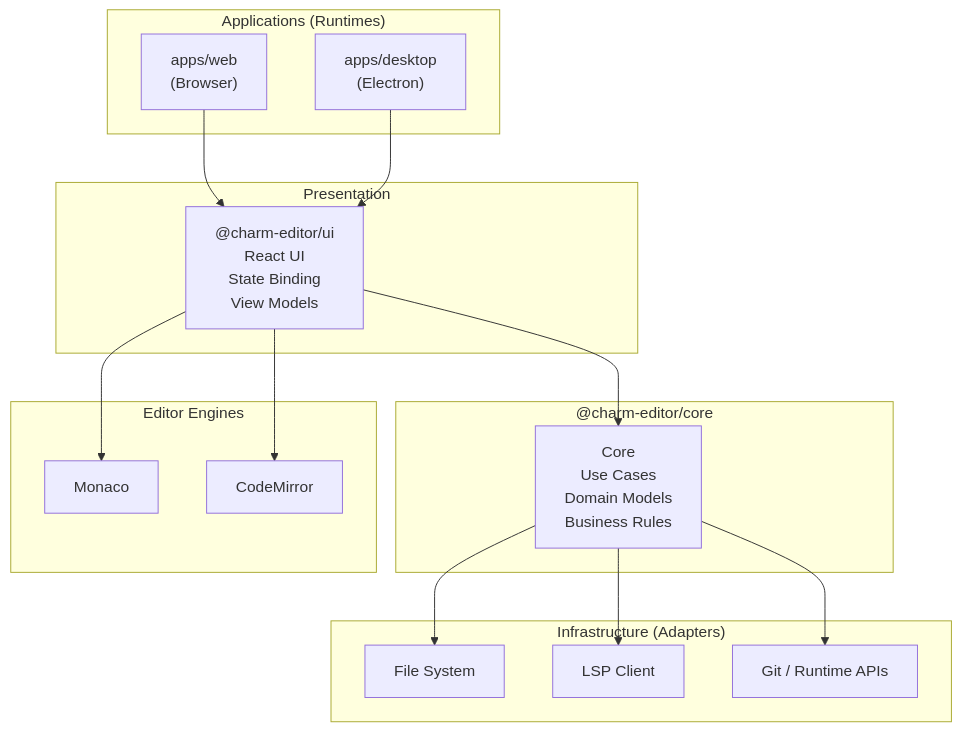
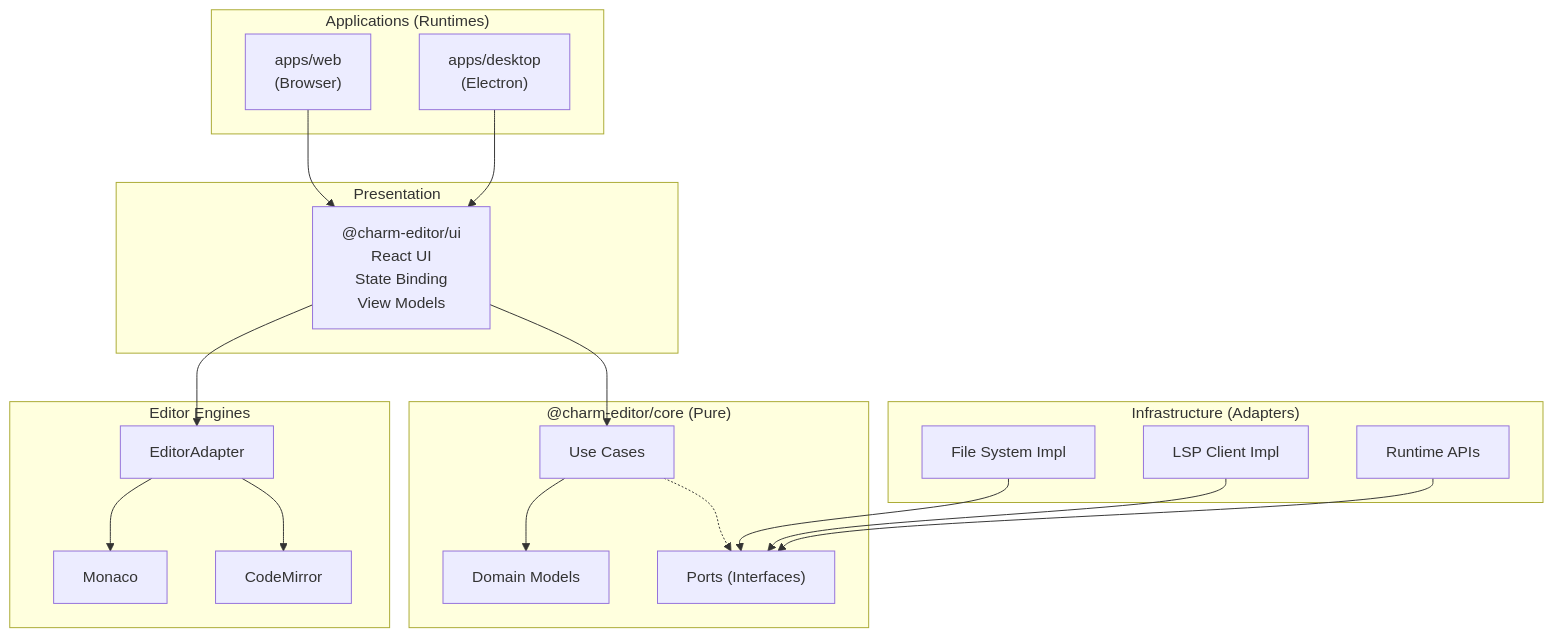
One commit to Charm-Editor/dev-docs changed the diagram in docs/architecture/ARCHITECTURE.md. Above: the diagram before and after it, drawn with Mermaid. The commit also changed other lines of this file and 4 other files, not shown here.

First line of the commit message:
docs: update architecture documentation with principles and decisions

````diff
--- a/docs/architecture/ARCHITECTURE.md
+++ b/docs/architecture/ARCHITECTURE.md
@@ -18,39 +18,46 @@
 ```mermaid
 flowchart TB
 
 subgraph Apps["Applications (Runtimes)"]
     Web["apps/web<br/>(Browser)"]
     Desktop["apps/desktop<br/>(Electron)"]
 end
 
 subgraph UI["Presentation"]
     UIPkg["@charm-editor/ui<br/>React UI<br/>State Binding<br/>View Models"]
 end
 
-subgraph Core["@charm-editor/core"]
-    CorePkg["Core<br/>Use Cases<br/>Domain Models<br/>Business Rules"]
+subgraph Core["@charm-editor/core (Pure)"]
+    Domain["Domain Models"]
+    UseCases["Use Cases"]
+    Ports["Ports (Interfaces)"]
 end
 
 subgraph Infra["Infrastructure (Adapters)"]
-    FS["File System"]
-    LSP["LSP Client"]
-    Git["Git / Runtime APIs"]
+    FS["File System Impl"]
+    LSP["LSP Client Impl"]
+    Runtime["Runtime APIs"]
 end
 
 subgraph Engines["Editor Engines"]
+    Adapter["EditorAdapter"]
     Monaco["Monaco"]
     CM["CodeMirror"]
 end
 
 Web --> UIPkg
 Desktop --> UIPkg
 
-UIPkg --> CorePkg
+UIPkg --> UseCases
+UIPkg --> Adapter
 
-CorePkg --> FS
-CorePkg --> LSP
-CorePkg --> Git
+Adapter --> Monaco
+Adapter --> CM
 
-UIPkg --> Monaco
-UIPkg --> CM
+UseCases --> Domain
+UseCases -.-> Ports
+
+FS --> Ports
+LSP --> Ports
+Runtime --> Ports
 ```
````
